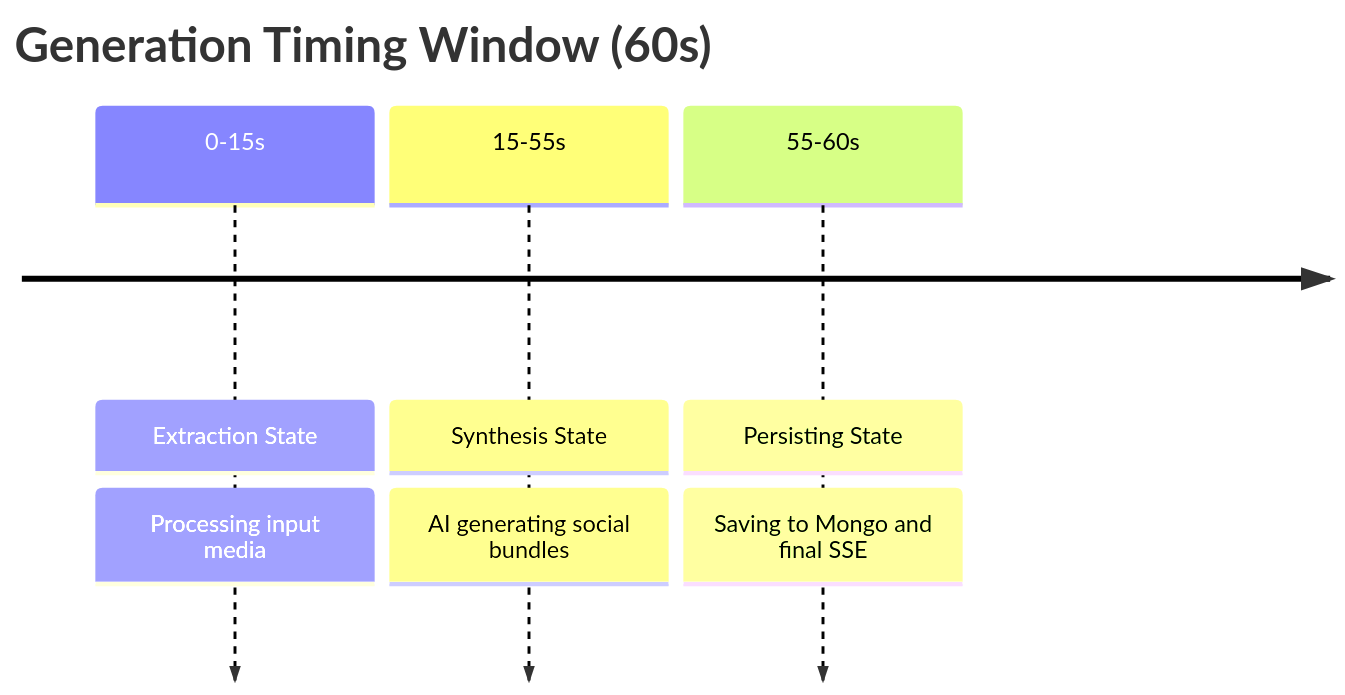
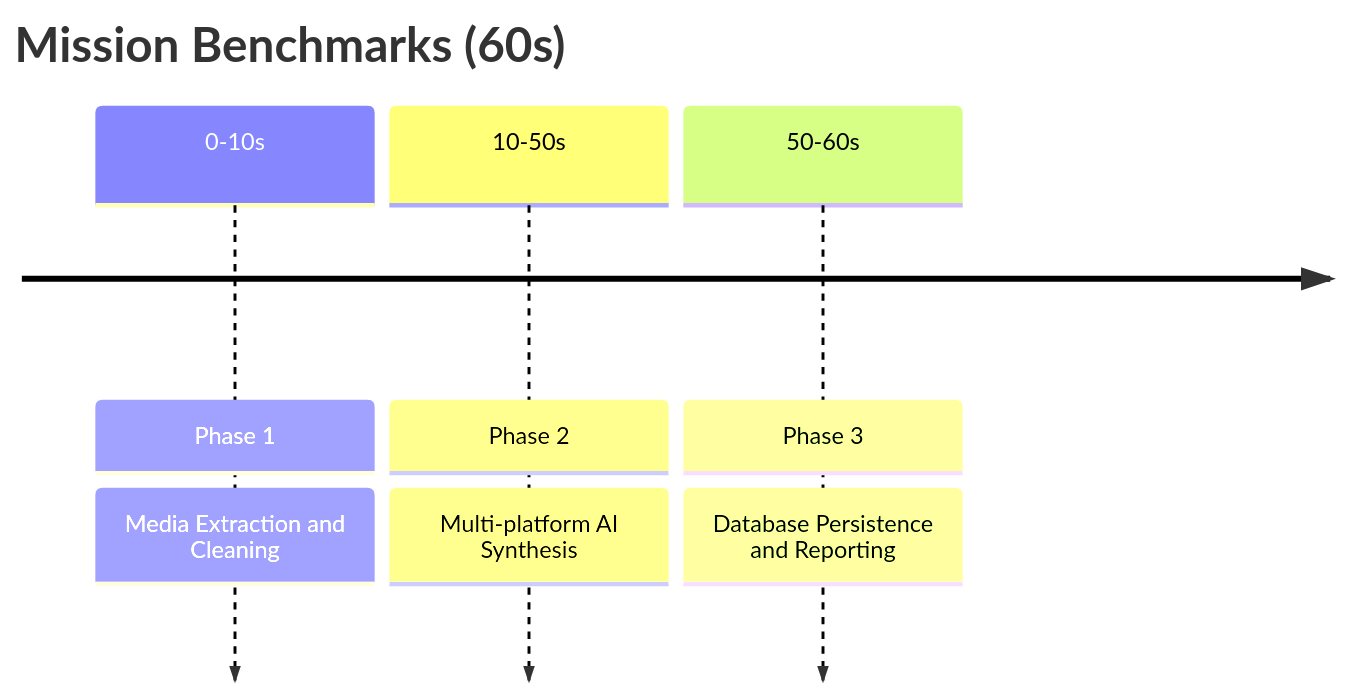
Diagram 14 of 20 in ALL_DIAGRAMS.md (naresh-rn/echoly), drawn with Mermaid before and after one commit. The commit also changed other lines of this file and 1 other file, not shown here.

Commit message:
docs: repair diagram rendering and finalize comprehensive architecture dossier

````diff
--- a/ALL_DIAGRAMS.md
+++ b/ALL_DIAGRAMS.md
@@ -338,7 +337,7 @@
 ```mermaid
 timeline
-    title Generation Timing Window (60s)
-    0-15s : Extraction State : Processing input media
-    15-55s : Synthesis State : AI generating social bundles
-    55-60s : Persisting State : Saving to Mongo and final SSE
+    title Mission Benchmarks (60s)
+    0-10s : Phase 1 : Media Extraction and Cleaning
+    10-50s : Phase 2 : Multi-platform AI Synthesis
+    50-60s : Phase 3 : Database Persistence and Reporting
 ```
````
